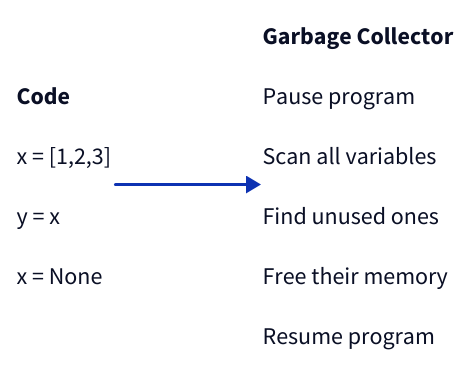
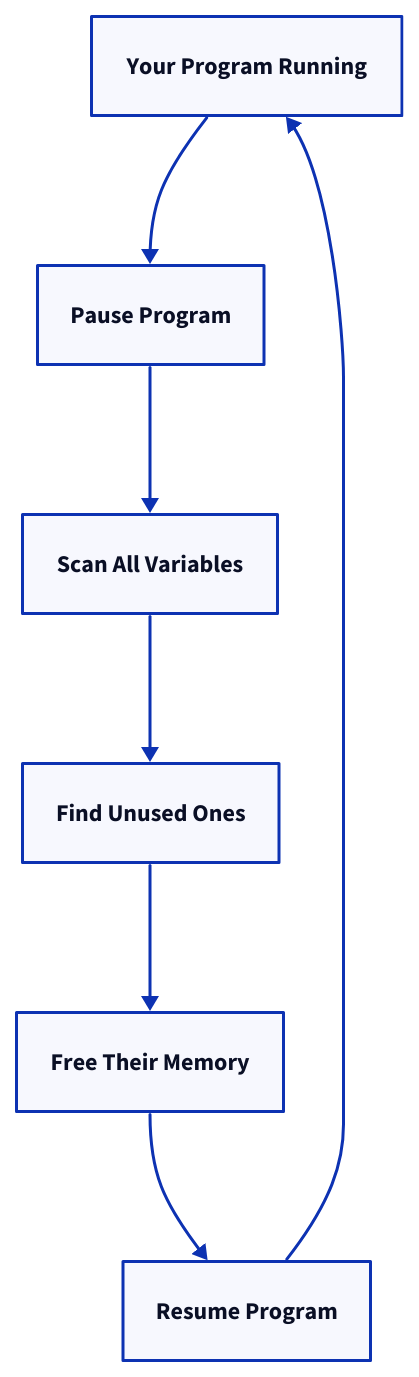
The third of 4 diagrams in _posts/2025-12-02-bevy-rust-game-development-chapter-5.markdown (jamesfebin/Jekyll), drawn with D2 before and after one commit. The commit also changed other lines of this file and 5 other files, not shown here.

````diff
--- a/_posts/2025-12-02-bevy-rust-game-development-chapter-5.markdown
+++ b/_posts/2025-12-02-bevy-rust-game-development-chapter-5.markdown
@@ -364,36 +391,29 @@
 ```d2
-direction: right
+direction: down
 
-YourCode: Your Code {
+Program: Your Program Running {
   shape: rectangle
-  label: |md
-    **Code**
-
-
-    x = [1,2,3]
-    
-    y = x
-    
-    x = None
-  |
 }
 
-GC: Garbage Collector {
+Pause: Pause Program {
   shape: rectangle
-  label: |md
-    **Garbage Collector**
-    
-    Pause program
-    
-    Scan all variables
-    
-    Find unused ones
-    
-    Free their memory
-    
-    Resume program
-  |
 }
 
-YourCode -> GC
+Scan: Scan All Variables {
+  shape: rectangle
+}
+
+Identify: Find Unused Ones {
+  shape: rectangle
+}
+
+Free: Free Their Memory {
+  shape: rectangle
+}
+
+Resume: Resume Program {
+  shape: rectangle
+}
+
+Program -> Pause -> Scan -> Identify -> Free -> Resume -> Program
 ```
````
